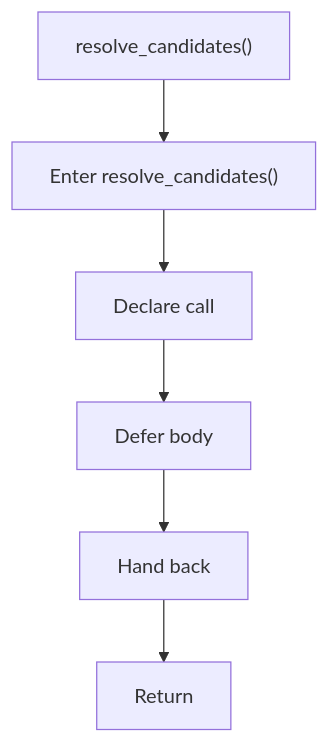
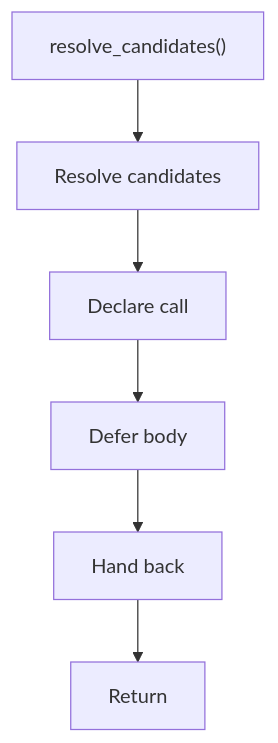
The diagram in docs/Codebase/Microservice/Modules/Header/SyntacticBrokenAST/HashingMechanism/HashLinks/Internal/Flow/functions/resolve_candidates.hpp.md (JohnAndrewBalbarosa/NeoTerritory), drawn with Mermaid before and after one commit. The commit also changed other lines of this file and 925 other files, not shown here.

````diff
--- a/docs/Codebase/Microservice/Modules/Header/SyntacticBrokenAST/HashingMechanism/HashLinks/Internal/Flow/functions/resolve_candidates.hpp.md
+++ b/docs/Codebase/Microservice/Modules/Header/SyntacticBrokenAST/HashingMechanism/HashLinks/Internal/Flow/functions/resolve_candidates.hpp.md
@@ -16,14 +16,14 @@
 ```mermaid
 flowchart TD
     Start["resolve_candidates()"]
-    N0["Enter resolve_candidates()"]
+    N0["Resolve candidates"]
     N1["Declare call"]
     N2["Defer body"]
     N3["Hand back"]
     End["Return"]
     Start --> N0
     N0 --> N1
     N1 --> N2
     N2 --> N3
     N3 --> End
 ```
````
